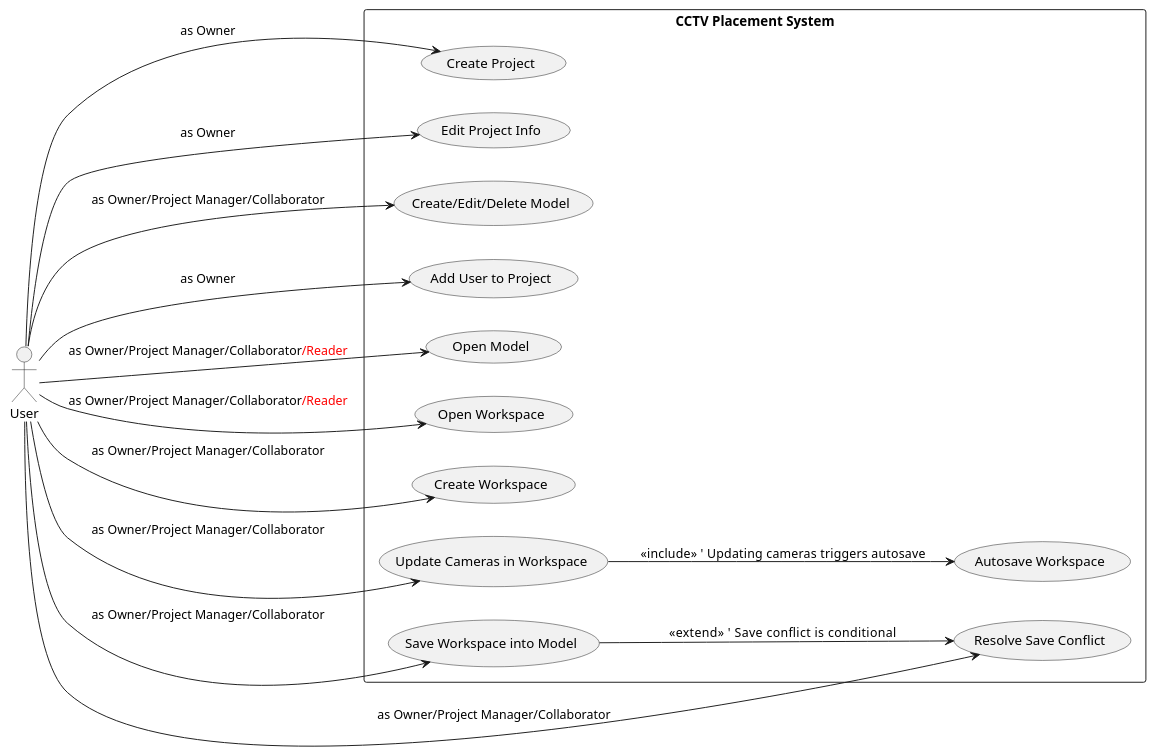
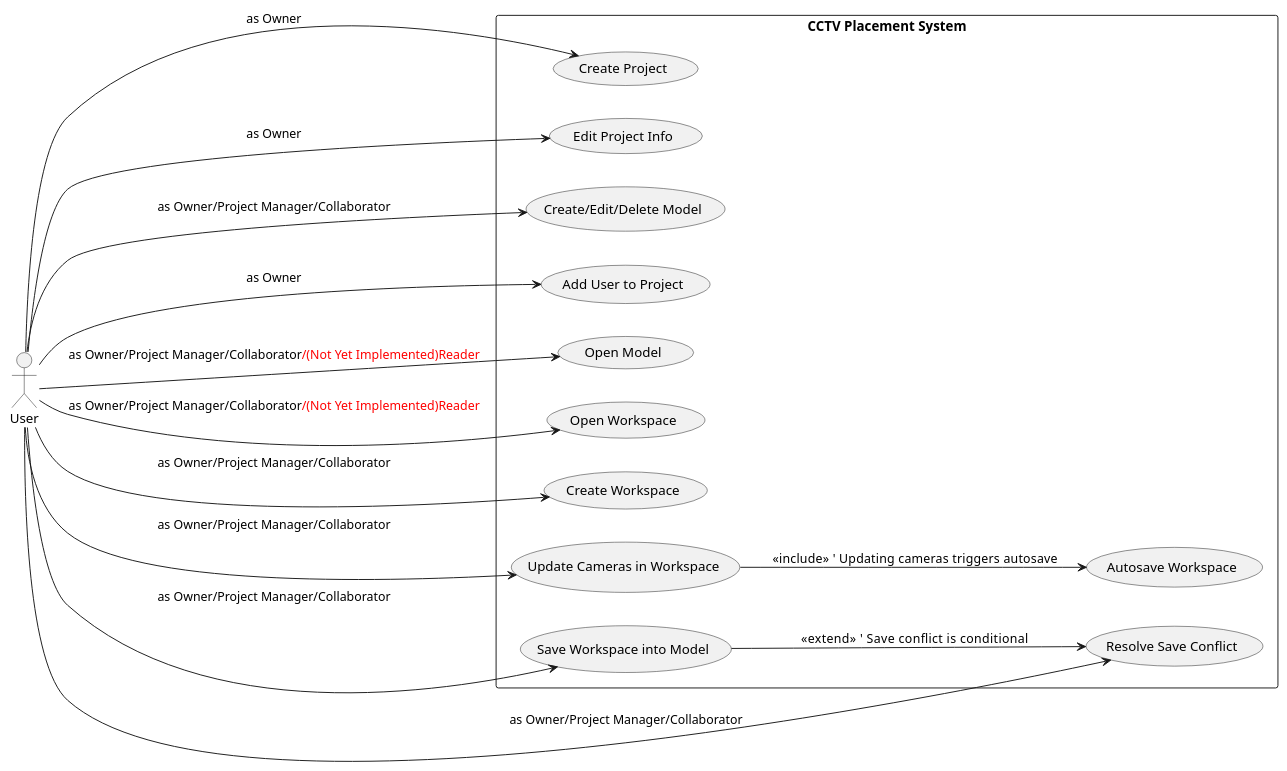
One commit to Ministry-of-Learning-of-Jura-Kites/OmniCam changed the diagram in docs/diagrams/use_case.puml. Above: the diagram before and after it, drawn with PlantUML. The commit also changed 6 other files, not shown here.

Commit message:
Add 'Not Yet Implemented' to diagrams

```diff
--- a/docs/diagrams/use_case.puml
+++ b/docs/diagrams/use_case.puml
@@ -1,39 +1,39 @@
 @startuml OmniCam Usecase Diagram
 left to right direction
 
 actor User
 
 rectangle "CCTV Placement System" {
 
   usecase "Create Project" as UC1
   usecase "Edit Project Info" as UC2
   usecase "Create/Edit/Delete Model" as UC12
   usecase "Add User to Project" as UC3
   usecase "Open Model" as UC4
   usecase "Open Workspace" as UC5
   usecase "Create Workspace" as UC7
   usecase "Autosave Workspace" as UC8
   usecase "Save Workspace into Model" as UC9
   usecase "Resolve Save Conflict" as UC10
   usecase "Update Cameras in Workspace" as UC11
 
   ' One actor: User (people can have roles)
   ' Role permissions modeled inside system
 
   User --> UC1  : «as Owner»
   User --> UC2  : «as Owner»
   User --> UC3  : «as Owner»
 
-  User --> UC4  : «as Owner/Project Manager/Collaborator<color:red>/Reader</color>»
-  User --> UC5  : «as Owner/Project Manager/Collaborator<color:red>/Reader</color>»
+  User --> UC4  : «as Owner/Project Manager/Collaborator<color:red>/(Not Yet Implemented)Reader</color>»
+  User --> UC5  : «as Owner/Project Manager/Collaborator<color:red>/(Not Yet Implemented)Reader</color>»
   User --> UC7  : «as Owner/Project Manager/Collaborator»
   User --> UC9  : «as Owner/Project Manager/Collaborator»
   User --> UC10 : «as Owner/Project Manager/Collaborator»
   User --> UC11 : «as Owner/Project Manager/Collaborator»
   User --> UC12 : «as Owner/Project Manager/Collaborator»
 
   ' Includes / Extends
   UC11 --> UC8 : <<include>>    ' Updating cameras triggers autosave
   UC9 --> UC10 : <<extend>>     ' Save conflict is conditional
 }
 @enduml
```
